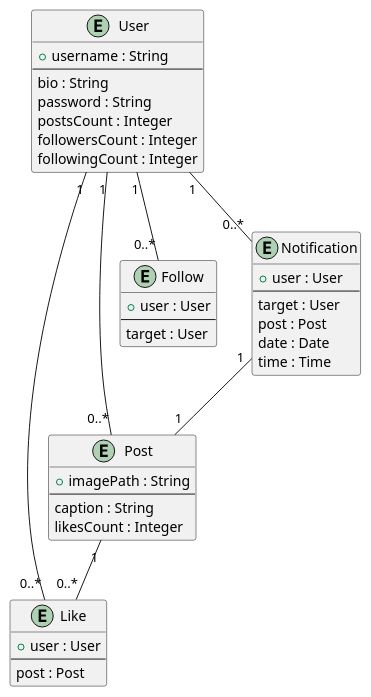
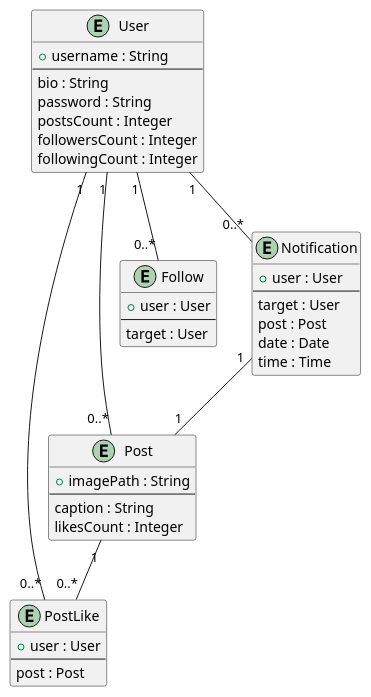
Before and after one commit to MaxGurbanli/Quackstagram: the diagram in test.puml, drawn with PlantUML. The commit also changed 4 other files, not shown here.

Commit message:
Update Like to PostLike because Like is reserved keyword in mysql

```diff
--- a/test.puml
+++ b/test.puml
@@ -1,46 +1,46 @@
 @startuml QuackstagramERD
 entity "User" as user {
   + username : String
   --
   bio : String
   password : String
   postsCount : Integer
   followersCount : Integer
   followingCount : Integer
 }
 
 entity "Post" as post {
   + imagePath : String
   --
   caption : String
   likesCount : Integer
 }
 
-entity "Like" as like {
+entity "PostLike" as postlike {
   + user : User
   --
   post : Post
 }
 
 entity "Follow" as follow {
   + user : User
   --
   target : User
 }
 
 entity "Notification" as notification {
   + user : User
   --
   target : User
   post : Post
   date : Date
   time : Time
 }
 
 user "1" -- "0..*" post
-user "1" -- "0..*" like
+user "1" -- "0..*" postlike
 user "1" -- "0..*" follow
 user "1" -- "0..*" notification
 notification "1" -- "1" post
-post "1" -- "0..*" like
+post "1" -- "0..*" postlike
 @enduml
```
